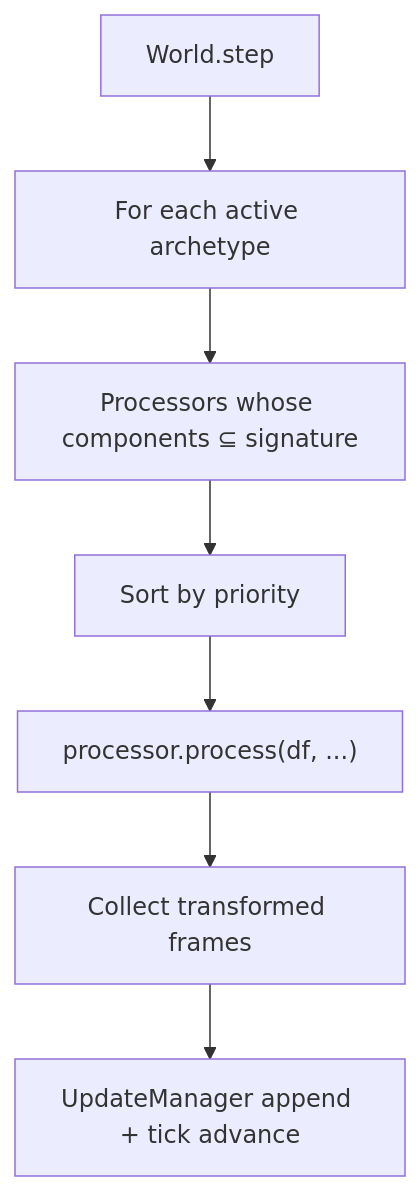
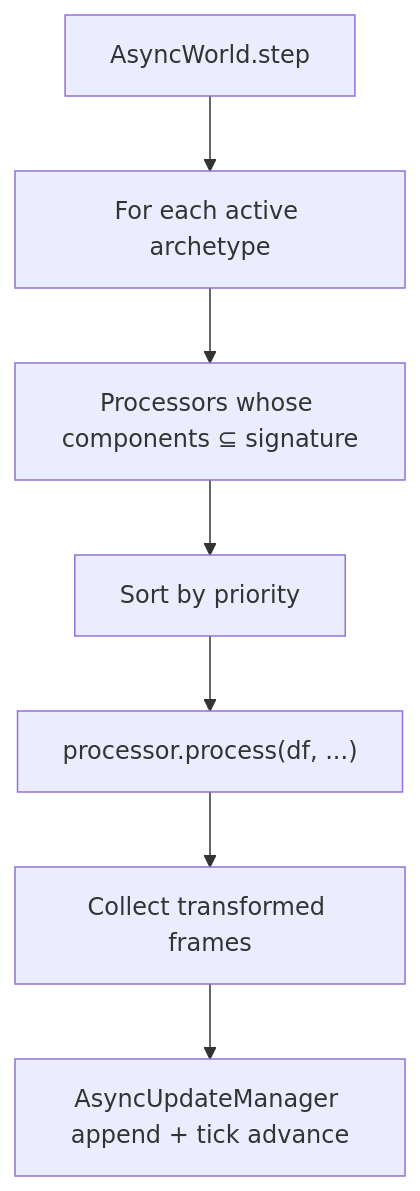
Before and after one commit to VangelisTech/archetype: the sixth of 7 diagrams in docs/guide/core-architecture.md, drawn with Mermaid. The commit also changed other lines of this file and 64 other files, not shown here.

````diff
--- a/docs/guide/core-architecture.md
+++ b/docs/guide/core-architecture.md
@@ -172,9 +173,9 @@
 ```mermaid
 flowchart TD
-    Start["World.step"] --> Arch["For each active archetype"]
+    Start["AsyncWorld.step"] --> Arch["For each active archetype"]
     Arch --> Eligible["Processors whose components ⊆ signature"]
     Eligible --> Priority["Sort by priority"]
     Priority --> Process["processor.process(df, ...)"]
     Process --> Collect["Collect transformed frames"]
-    Collect --> Commit["UpdateManager append + tick advance"]
+    Collect --> Commit["AsyncUpdateManager append + tick advance"]
 ```
````
